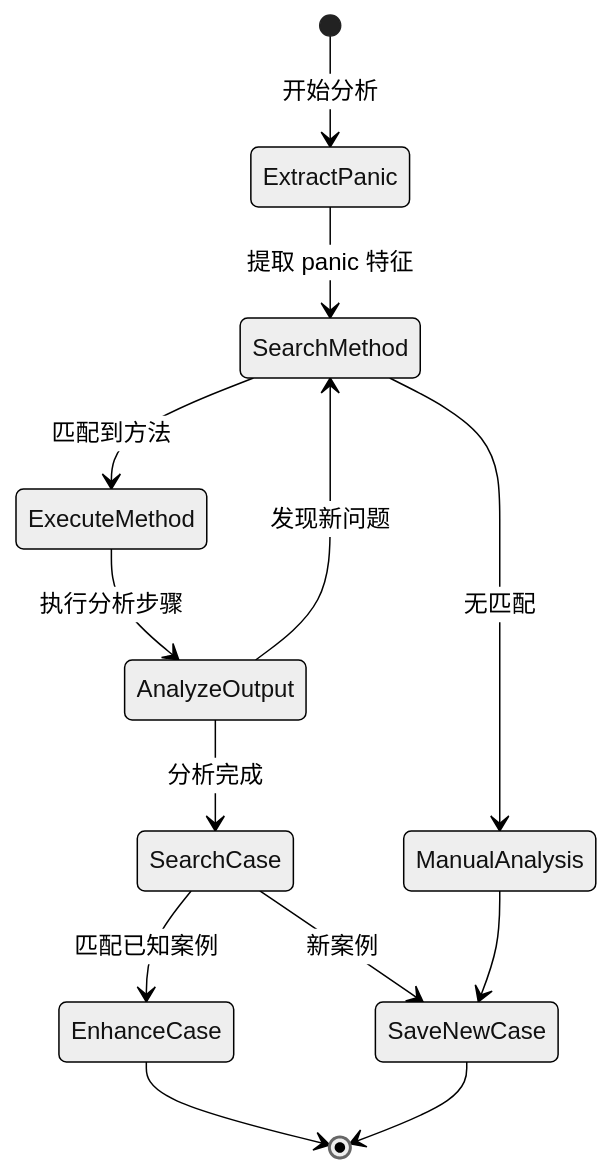
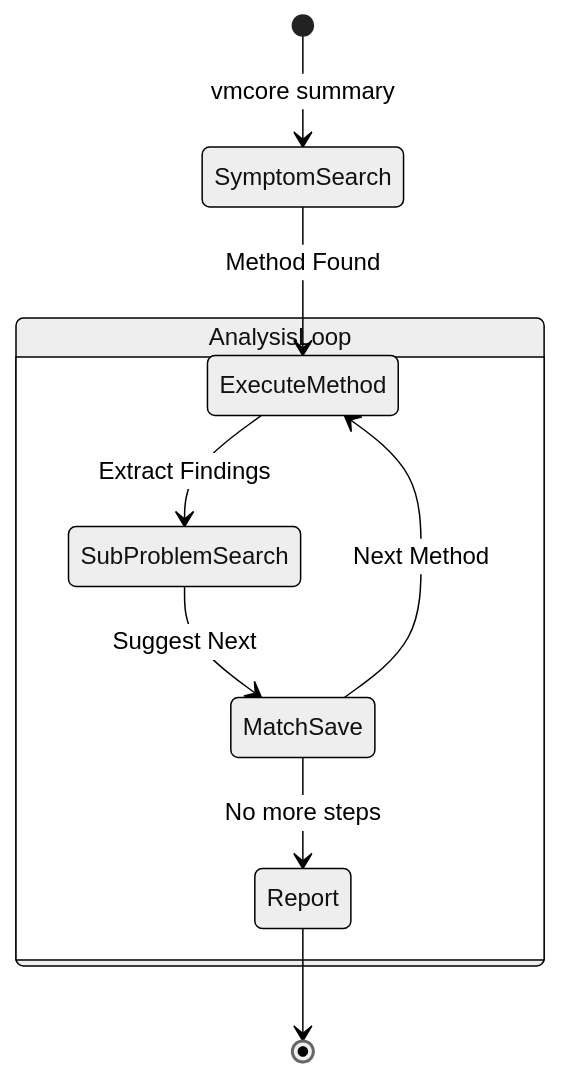
The second of 2 diagrams in docs/architecture_design.md (yup-21/crash-mcp), drawn with Mermaid (neutral theme) before and after one commit. The commit also changed other lines of this file and 8 other files, not shown here.

First line of the commit message:
feat(kb): implement 3-Layer KB architecture with Vector Search

````diff
--- a/docs/architecture_design.md
+++ b/docs/architecture_design.md
@@ -124,15 +169,14 @@
 ```mermaid
 stateDiagram-v2
-    [*] --> ExtractPanic: 开始分析
-    ExtractPanic --> SearchMethod: 提取 panic 特征
-    SearchMethod --> ExecuteMethod: 匹配到方法
-    SearchMethod --> ManualAnalysis: 无匹配
-    ExecuteMethod --> AnalyzeOutput: 执行分析步骤
-    AnalyzeOutput --> SearchMethod: 发现新问题
-    AnalyzeOutput --> SearchCase: 分析完成
-    SearchCase --> EnhanceCase: 匹配已知案例
-    SearchCase --> SaveNewCase: 新案例
-    EnhanceCase --> [*]
-    SaveNewCase --> [*]
-    ManualAnalysis --> SaveNewCase
+    [*] --> SymptomSearch: vmcore summary
+    SymptomSearch --> ExecuteMethod: Method Found
+    
+    state AnalysisLoop {
+        ExecuteMethod --> SubProblemSearch: Extract Findings
+        SubProblemSearch --> MatchSave: Suggest Next
+        MatchSave --> ExecuteMethod: Next Method
+        MatchSave --> Report: No more steps
+    }
+    
+    Report --> [*]
 ```
````
